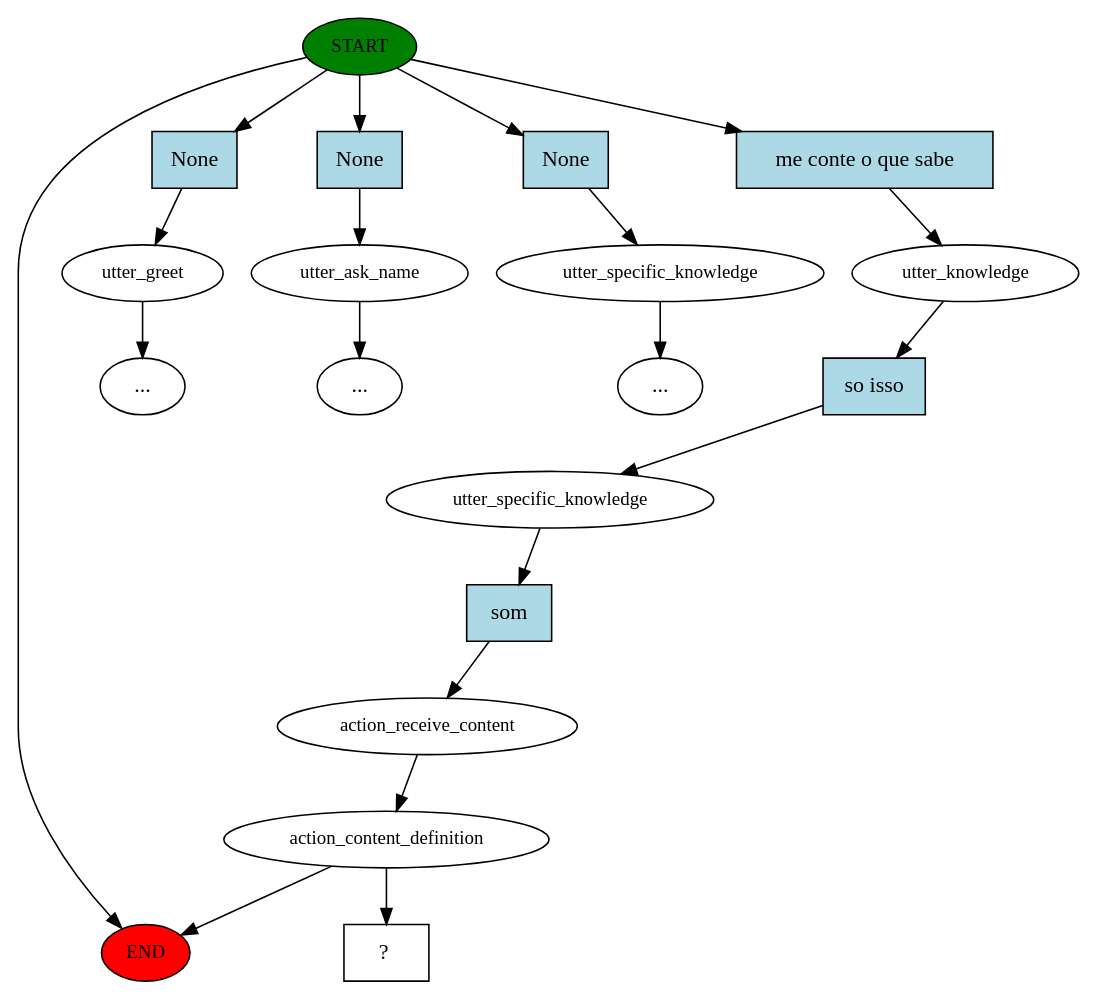
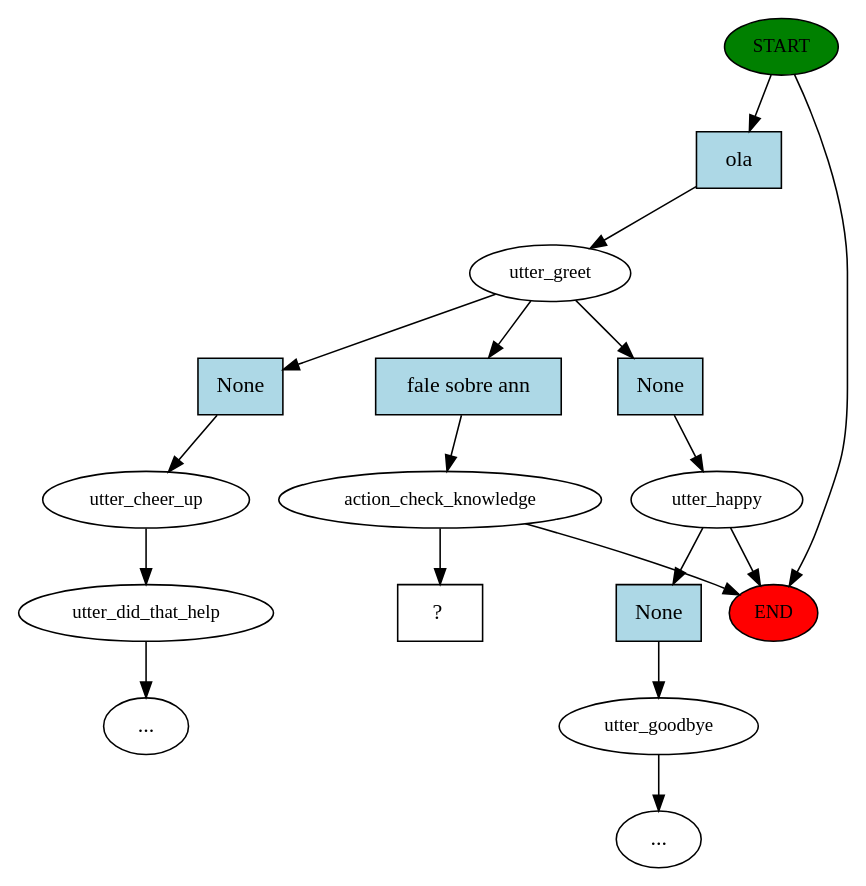
One commit to deeplearningunb/DeepLearningVirtualAssistant-RASA changed the diagram in story_graph.dot. Above: the diagram before and after it, drawn with Graphviz. The commit also changed 9 other files, not shown here.

```diff
--- a/story_graph.dot
+++ b/story_graph.dot
@@ -1,40 +1,35 @@
 digraph  {
 0 [class="start active", fillcolor=green, fontsize=12, label=START, style=filled];
 "-1" [class=end, fillcolor=red, fontsize=12, label=END, style=filled];
-1 [class="", fontsize=12, label=utter_greet];
-2 [class="", fontsize=12, label=utter_ask_name];
+1 [class=active, fontsize=12, label=utter_greet];
+2 [class=active, fontsize=12, label=action_check_knowledge];
+4 [class="", fontsize=12, label=utter_happy];
+6 [class="", fontsize=12, label=utter_cheer_up];
+7 [class="", fontsize=12, label=utter_did_that_help];
+"-4" [class=ellipsis, label="..."];
+13 [class="", fontsize=12, label=utter_goodbye];
 "-5" [class=ellipsis, label="..."];
-4 [class="", fontsize=12, label=utter_specific_knowledge];
-"-6" [class=ellipsis, label="..."];
-5 [class=active, fontsize=12, label=utter_knowledge];
-6 [class=active, fontsize=12, label=utter_specific_knowledge];
-7 [class=active, fontsize=12, label=action_receive_content];
-8 [class=active, fontsize=12, label=action_content_definition];
-"-10" [class=ellipsis, label="..."];
-17 [class="intent dashed active", label="  ?  ", shape=rect];
-18 [class=intent, fillcolor=lightblue, label=None, shape=rect, style=filled];
+16 [class="intent dashed active", label="  ?  ", shape=rect];
+17 [class="intent active", fillcolor=lightblue, label=ola, shape=rect, style=filled];
+18 [class="intent active", fillcolor=lightblue, label="fale sobre ann", shape=rect, style=filled];
 19 [class=intent, fillcolor=lightblue, label=None, shape=rect, style=filled];
 20 [class=intent, fillcolor=lightblue, label=None, shape=rect, style=filled];
-21 [class="intent active", fillcolor=lightblue, label="me conte o que sabe", shape=rect, style=filled];
-22 [class="intent active", fillcolor=lightblue, label="so isso", shape=rect, style=filled];
-23 [class="intent active", fillcolor=lightblue, label=som, shape=rect, style=filled];
+21 [class=intent, fillcolor=lightblue, label=None, shape=rect, style=filled];
 0 -> "-1"  [class="", key=NONE, label=""];
-0 -> 18  [class="", key=0];
-0 -> 19  [class="", key=0];
-0 -> 20  [class="", key=0];
-0 -> 21  [class=active, key=0];
-1 -> "-10"  [class="", key=NONE, label=""];
-2 -> "-5"  [class="", key=NONE, label=""];
-4 -> "-6"  [class="", key=NONE, label=""];
-5 -> 22  [class=active, key=0];
-6 -> 23  [class=active, key=0];
-7 -> 8  [class=active, key=NONE, label=""];
-8 -> "-1"  [class="", key=NONE, label=""];
-8 -> 17  [class=active, key=NONE, label=""];
-18 -> 1  [class="", key=0];
-19 -> 2  [class="", key=0];
-20 -> 4  [class="", key=0];
-21 -> 5  [class=active, key=0];
-22 -> 6  [class=active, key=0];
-23 -> 7  [class=active, key=0];
+0 -> 17  [class=active, key=0];
+1 -> 18  [class=active, key=0];
+1 -> 19  [class="", key=0];
+1 -> 20  [class="", key=0];
+2 -> "-1"  [class="", key=NONE, label=""];
+2 -> 16  [class=active, key=NONE, label=""];
+4 -> "-1"  [class="", key=NONE, label=""];
+4 -> 21  [class="", key=0];
+6 -> 7  [class="", key=NONE, label=""];
+7 -> "-4"  [class="", key=NONE, label=""];
+13 -> "-5"  [class="", key=NONE, label=""];
+17 -> 1  [class=active, key=0];
+18 -> 2  [class=active, key=0];
+19 -> 4  [class="", key=0];
+20 -> 6  [class="", key=0];
+21 -> 13  [class="", key=0];
 }
```
